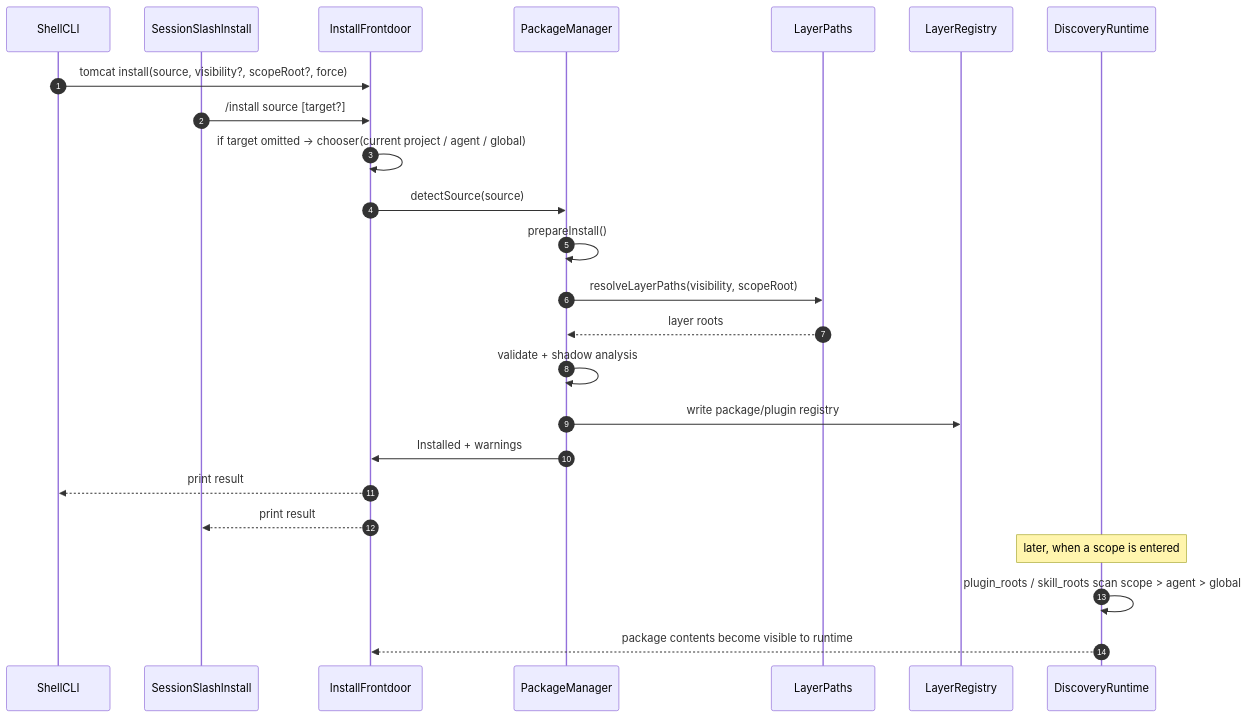
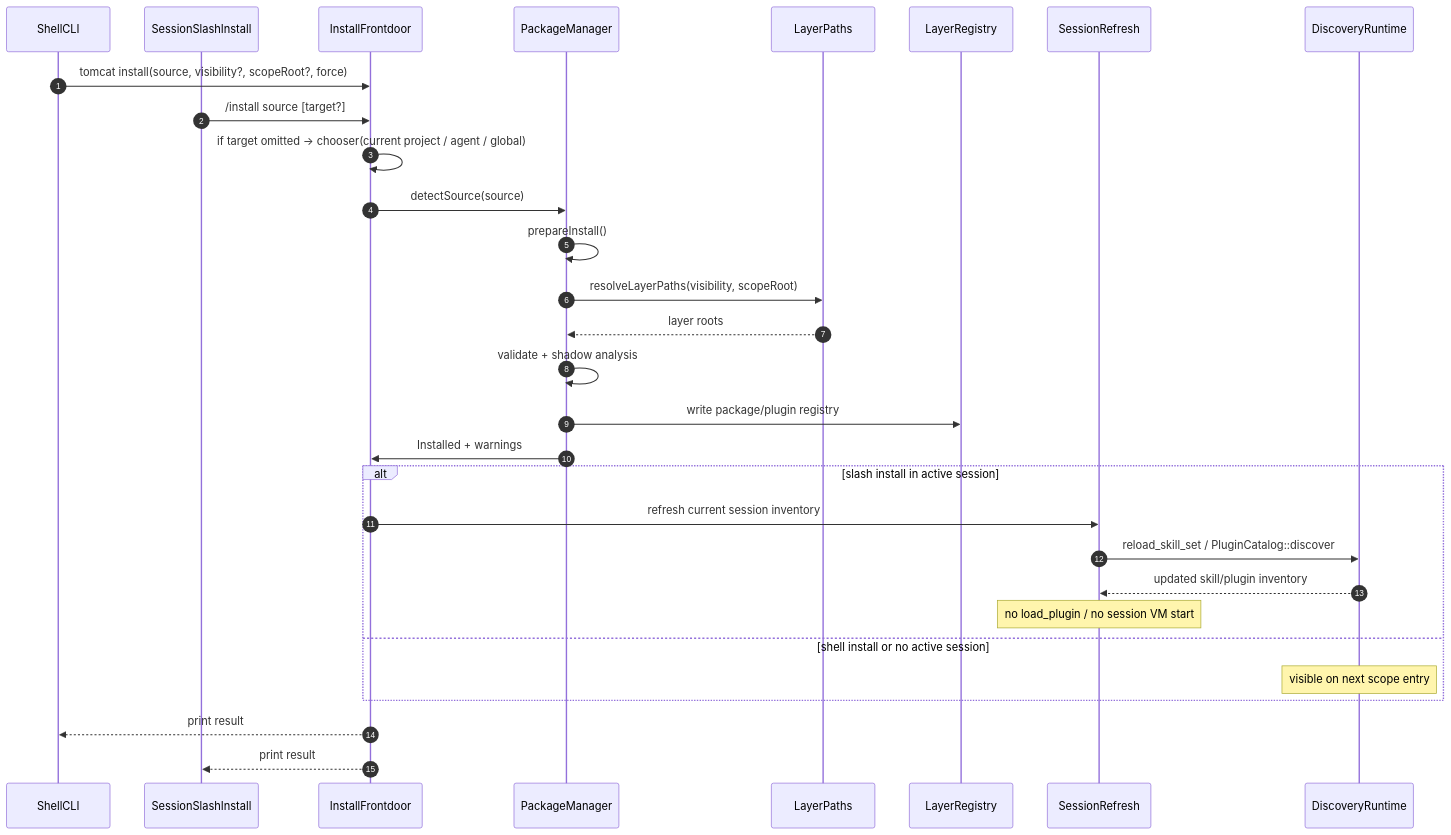
The diagram in tomcat/docs/architecture/package-manager.md (teisun/tomcat-agent), drawn with Mermaid before and after one commit. The commit also changed other lines of this file and 41 other files, not shown here.

First line of the commit message:
feat(package): unify layered install workflow

````diff
--- a/tomcat/docs/architecture/package-manager.md
+++ b/tomcat/docs/architecture/package-manager.md
@@ -254,27 +261,33 @@
 ```mermaid
 sequenceDiagram
     autonumber
     participant Shell as ShellCLI
     participant Slash as SessionSlashInstall
     participant Front as InstallFrontdoor
     participant PM as PackageManager
     participant Paths as LayerPaths
     participant Reg as LayerRegistry
+    participant Sess as SessionRefresh
     participant Disc as DiscoveryRuntime
 
     Shell->>Front: tomcat install(source, visibility?, scopeRoot?, force)
     Slash->>Front: /install source [target?]
     Front->>Front: if target omitted -> chooser(current project / agent / global)
     Front->>PM: detectSource(source)
     PM->>PM: prepareInstall()
     PM->>Paths: resolveLayerPaths(visibility, scopeRoot)
     Paths-->>PM: layer roots
     PM->>PM: validate + shadow analysis
     PM->>Reg: write package/plugin registry
     PM->>Front: Installed + warnings
+    alt slash install in active session
+        Front->>Sess: refresh current session inventory
+        Sess->>Disc: reload_skill_set / PluginCatalog::discover
+        Disc-->>Sess: updated skill/plugin inventory
+        Note over Sess: no load_plugin / no session VM start
+    else shell install or no active session
+        Note over Disc: visible on next scope entry
+    end
     Front-->>Shell: print result
     Front-->>Slash: print result
-    Note over Disc: later, when a scope is entered
-    Disc->>Disc: plugin_roots / skill_roots scan scope > agent > global
-    Disc-->>Front: package contents become visible to runtime
 ```
````
